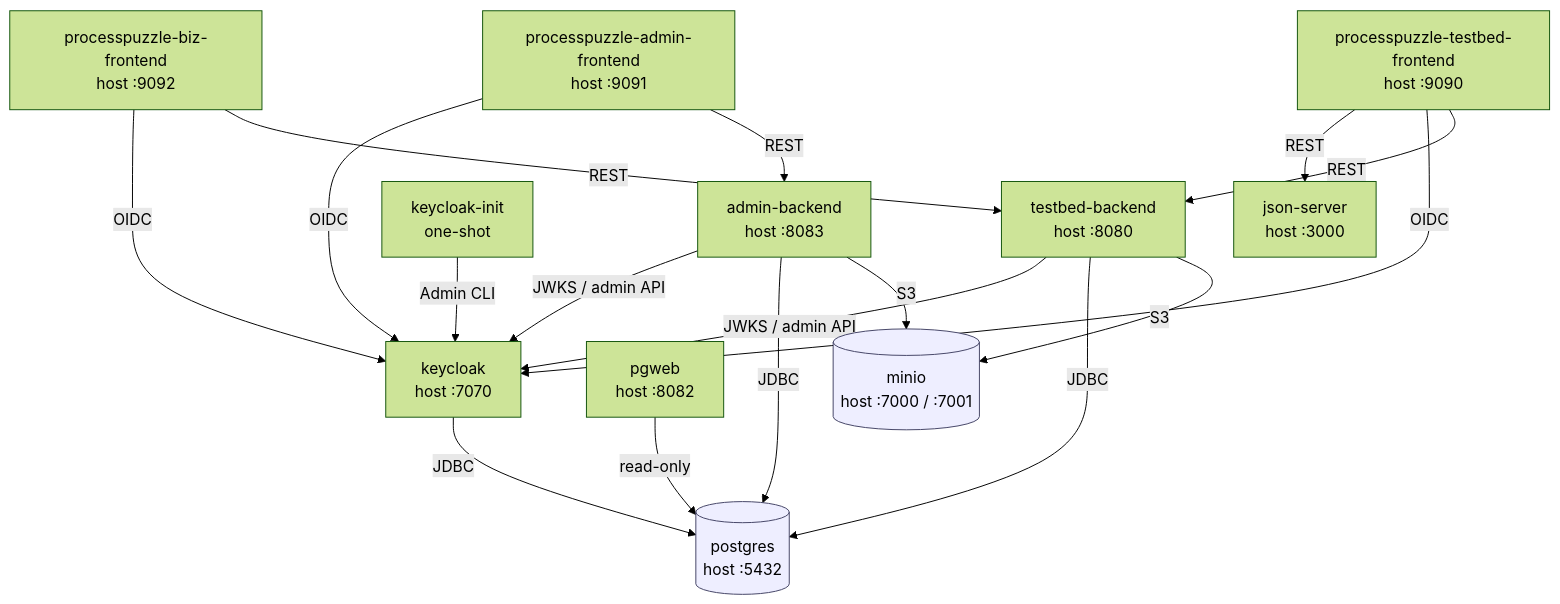
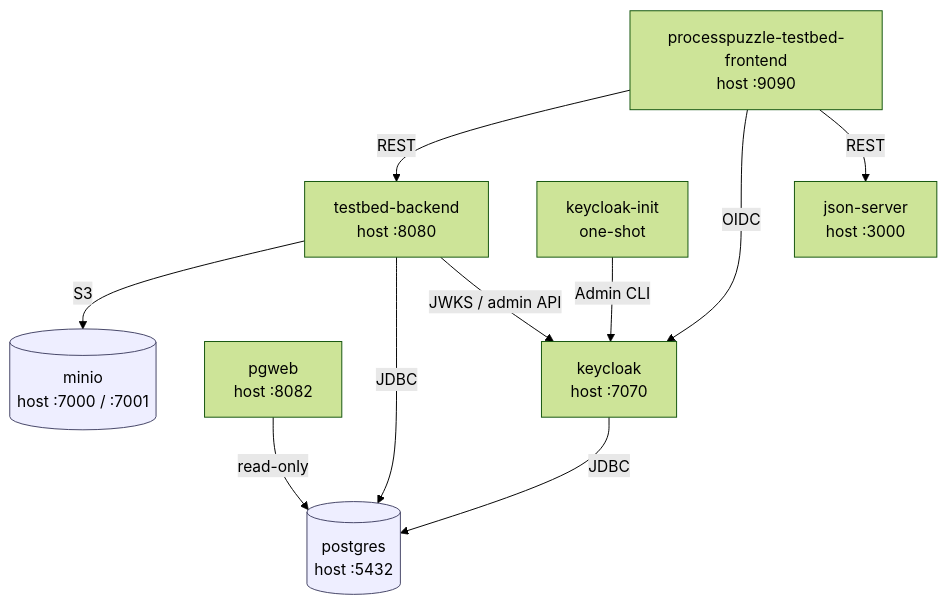
Before and after one commit to ZsZs/processpuzzle: the diagram in tools/README.md, drawn with Mermaid (forest theme). The commit also changed other lines of this file and 295 other files, not shown here.

````diff
--- a/tools/README.md
+++ b/tools/README.md
@@ -50,35 +47,25 @@
 ```mermaid
 graph TD
     testbed[processpuzzle-testbed-frontend<br/>host :9090]
-    admin[processpuzzle-admin-frontend<br/>host :9091]
-    ui[processpuzzle-biz-frontend<br/>host :9092]
     tbackend[testbed-backend<br/>host :8080]
-    abackend[admin-backend<br/>host :8083]
     keycloak[keycloak<br/>host :7070]
     kcinit[keycloak-init<br/>one-shot]
     postgres[(postgres<br/>host :5432)]
     pgweb[pgweb<br/>host :8082]
     minio[(minio<br/>host :7000 / :7001)]
     jsonserver[json-server<br/>host :3000]
 
     testbed -- REST --> tbackend
     testbed -- OIDC --> keycloak
     testbed -- REST --> jsonserver
-    admin -- REST --> abackend
-    admin -- OIDC --> keycloak
-    ui -- REST --> tbackend
-    ui -- OIDC --> keycloak
 
     tbackend -- S3 --> minio
     tbackend -- JDBC --> postgres
     tbackend -- "JWKS / admin API" --> keycloak
-    abackend -- S3 --> minio
-    abackend -- JDBC --> postgres
-    abackend -- "JWKS / admin API" --> keycloak
     kcinit -- "Admin CLI" --> keycloak
     keycloak -- JDBC --> postgres
     pgweb -- read-only --> postgres
 
     classDef store fill:#eef,stroke:#446
     class postgres,minio store
 ```
````
